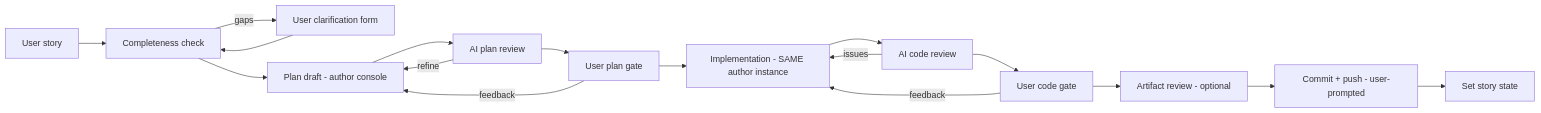
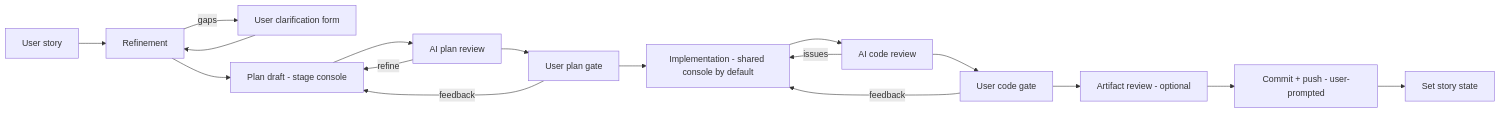
One commit to FelixKlakow/Auxilia changed the diagram in docs/implementation-workflow-design.md. Above: the diagram before and after it, drawn with Mermaid. The commit also changed other lines of this file and 15 other files, not shown here.

````diff
--- a/docs/implementation-workflow-design.md
+++ b/docs/implementation-workflow-design.md
@@ -10,19 +10,19 @@
 ```mermaid
 flowchart LR
-    A[User story] --> B[Completeness check]
+    A[User story] --> B[Refinement]
     B -->|gaps| U0[User clarification form]
     U0 --> B
-    B --> C[Plan draft - author console]
+    B --> C[Plan draft - stage console]
     C --> D[AI plan review]
     D -->|refine| C
     D --> E[User plan gate]
     E -->|feedback| C
-    E --> F[Implementation - SAME author instance]
+    E --> F[Implementation - shared console by default]
     F --> G[AI code review]
     G -->|issues| F
     G --> H[User code gate]
     H -->|feedback| F
     H --> I[Artifact review - optional]
     I --> J[Commit + push - user-prompted]
     J --> K[Set story state]
 ```
````
